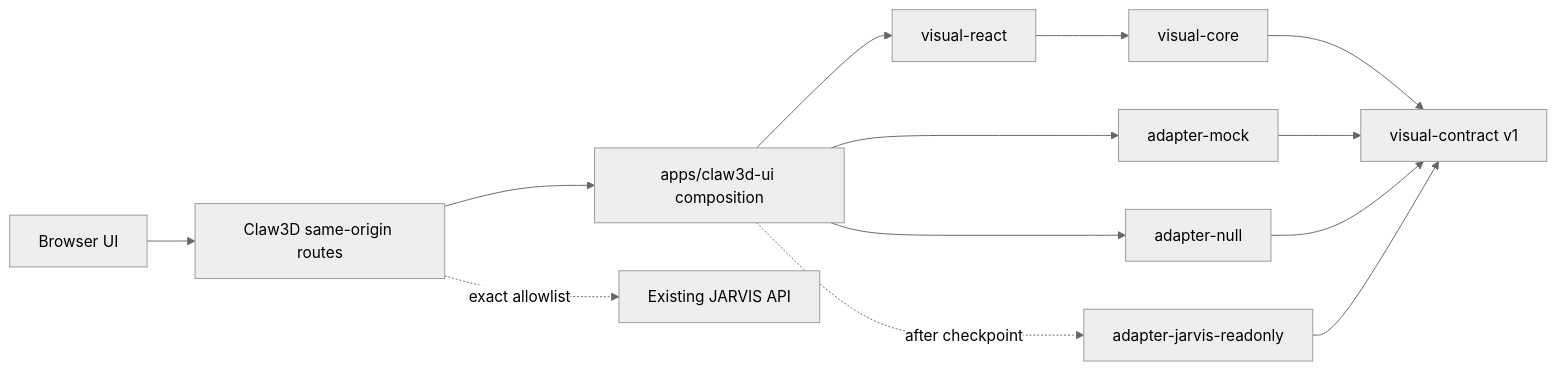
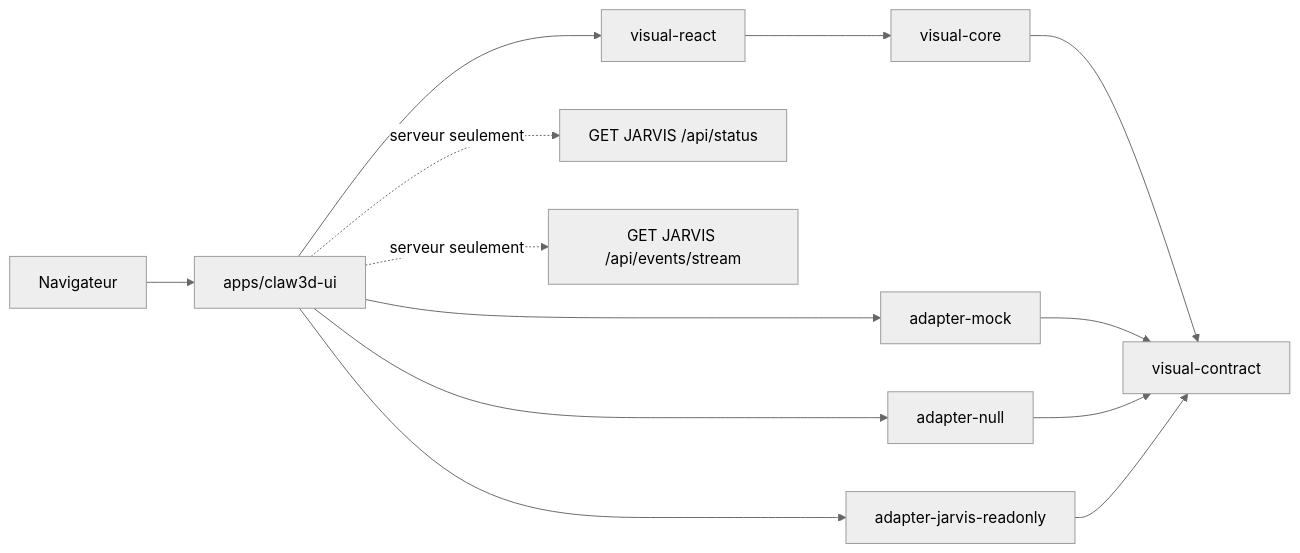
The diagram in docs/architecture/visual-ui.md (iamlukethedev/Claw3D), drawn with Mermaid (neutral theme) before and after one commit. The commit also changed other lines of this file and 28 other files, not shown here.

````diff
--- a/docs/architecture/visual-ui.md
+++ b/docs/architecture/visual-ui.md
@@ -6,15 +7,15 @@
 ```mermaid
 flowchart LR
-  Browser[Browser UI] --> SameOrigin[Claw3D same-origin routes]
-  SameOrigin --> Composition[apps/claw3d-ui composition]
-  Composition --> ReactUI[visual-react]
-  ReactUI --> Core[visual-core]
-  Core --> Contract[visual-contract v1]
-  Composition --> Mock[adapter-mock]
-  Composition --> Null[adapter-null]
-  Composition -. after checkpoint .-> Readonly[adapter-jarvis-readonly]
+  Browser[Navigateur] --> App[apps/claw3d-ui]
+  App --> React[visual-react]
+  React --> Core[visual-core]
+  Core --> Contract[visual-contract]
+  App --> Mock[adapter-mock]
+  App --> Null[adapter-null]
+  App --> ReadOnly[adapter-jarvis-readonly]
   Mock --> Contract
   Null --> Contract
-  Readonly --> Contract
-  SameOrigin -. exact allowlist .-> ExistingAPI[Existing JARVIS API]
+  ReadOnly --> Contract
+  App -. serveur seulement .-> Status[GET JARVIS /api/status]
+  App -. serveur seulement .-> Events[GET JARVIS /api/events/stream]
 ```
````
